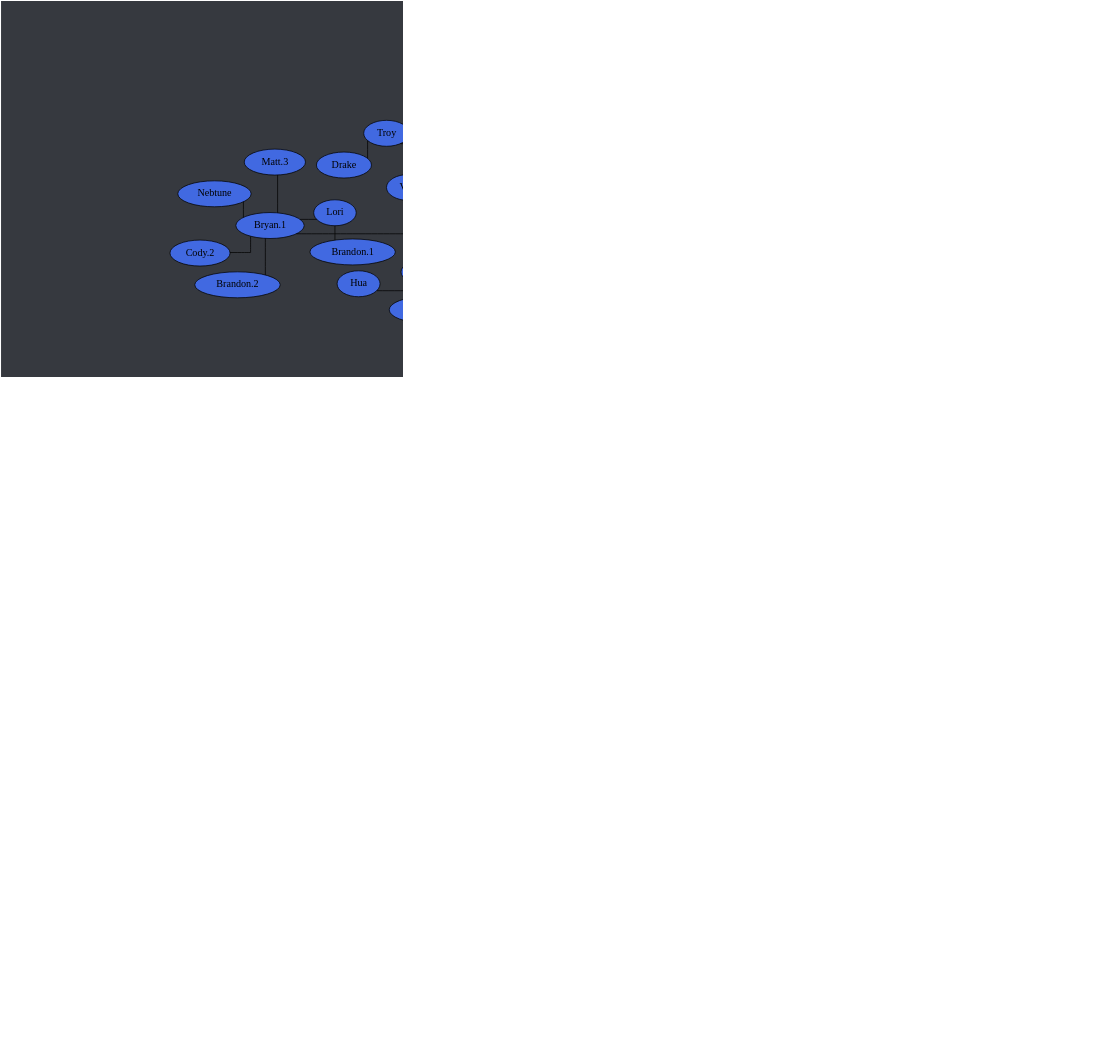
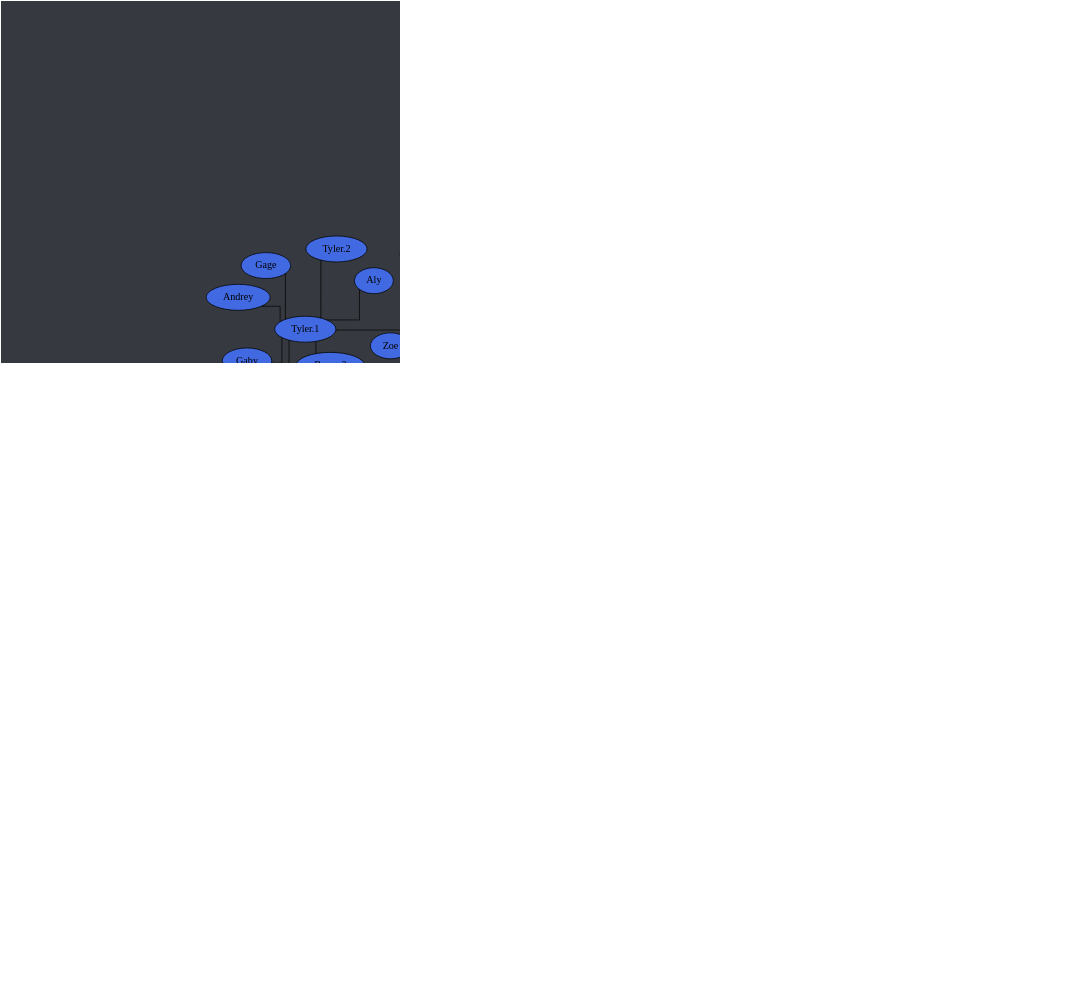
One commit to Documidas/CoronaCatzFamilyTree changed the diagram in tree.dot. Above: the diagram before and after it, drawn with Graphviz. The commit also changed 1 other file, not shown here.

Commit message:
Add Aresty, Mello

```diff
--- a/tree.dot
+++ b/tree.dot
@@ -72,12 +72,14 @@
 		"Carter-1.0" -- Tom;
 		Chad -- Pie;
 		Donnie -- Aiyo;
+		Donnie -- Aresty;
 		Donnie -- Ashe;
 		Donnie -- Bianca;
 		Donnie -- "Bryan.1";
 		Donnie -- Darrock;
 		Donnie -- Eggie;
 		Donnie -- Hua;
+		Donnie -- Mello;
 		Donnie -- Mia;
 		Donnie -- Mimi;
 		Donnie -- Moon;
```
